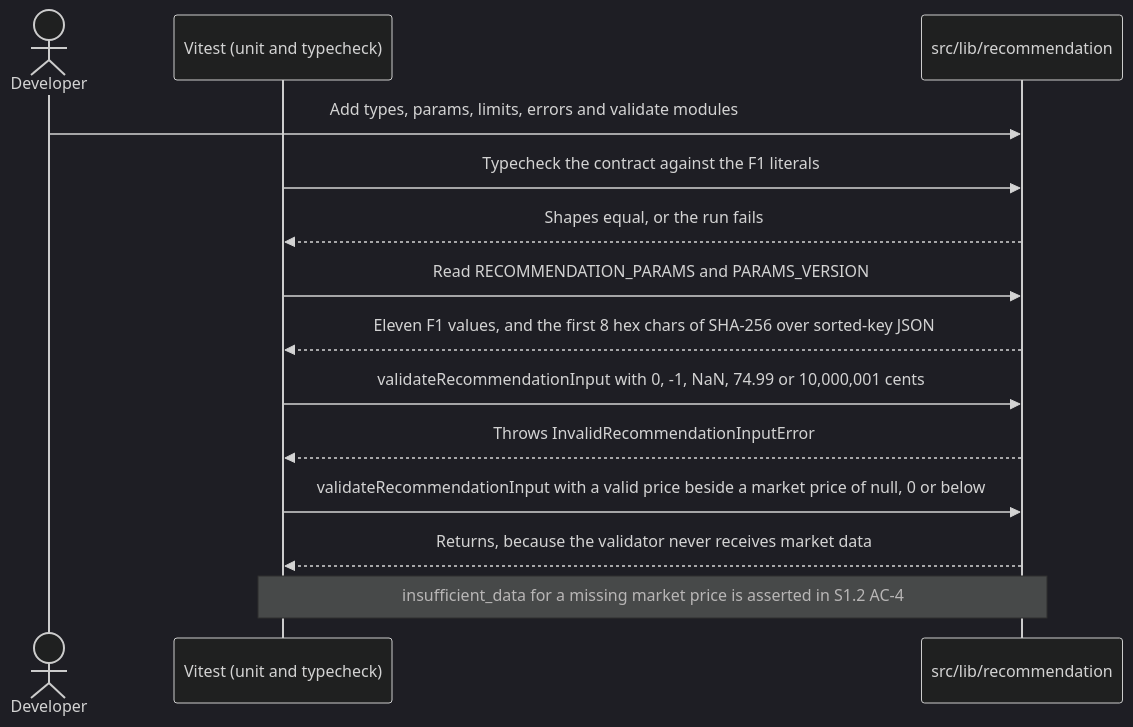
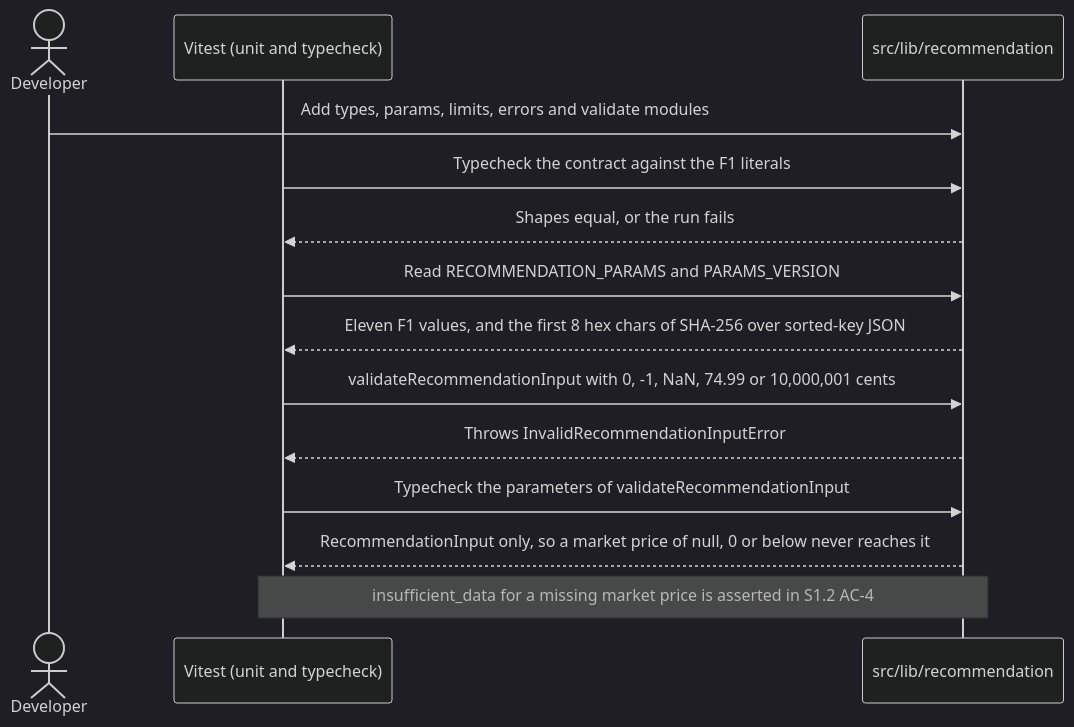
The second of 3 diagrams in docs/plans/S1.1-engine-contract-tooling.md (ayfor/mox-market), drawn with Mermaid (dark theme) before and after one commit. The commit also changed other lines of this file and 1 other file, not shown here.

````diff
--- a/docs/plans/S1.1-engine-contract-tooling.md
+++ b/docs/plans/S1.1-engine-contract-tooling.md
@@ -109,16 +113,16 @@
 ```mermaid
 sequenceDiagram
     actor DEV as Developer
     participant VT as Vitest (unit and typecheck)
     participant EN as src/lib/recommendation
     DEV->>EN: Add types, params, limits, errors and validate modules
     VT->>EN: Typecheck the contract against the F1 literals
     EN-->>VT: Shapes equal, or the run fails
     VT->>EN: Read RECOMMENDATION_PARAMS and PARAMS_VERSION
     EN-->>VT: Eleven F1 values, and the first 8 hex chars of SHA-256 over sorted-key JSON
     VT->>EN: validateRecommendationInput with 0, -1, NaN, 74.99 or 10,000,001 cents
     EN-->>VT: Throws InvalidRecommendationInputError
-    VT->>EN: validateRecommendationInput with a valid price beside a market price of null, 0 or below
-    EN-->>VT: Returns, because the validator never receives market data
+    VT->>EN: Typecheck the parameters of validateRecommendationInput
+    EN-->>VT: RecommendationInput only, so a market price of null, 0 or below never reaches it
     Note over VT,EN: insufficient_data for a missing market price is asserted in S1.2 AC-4
 ```
````
